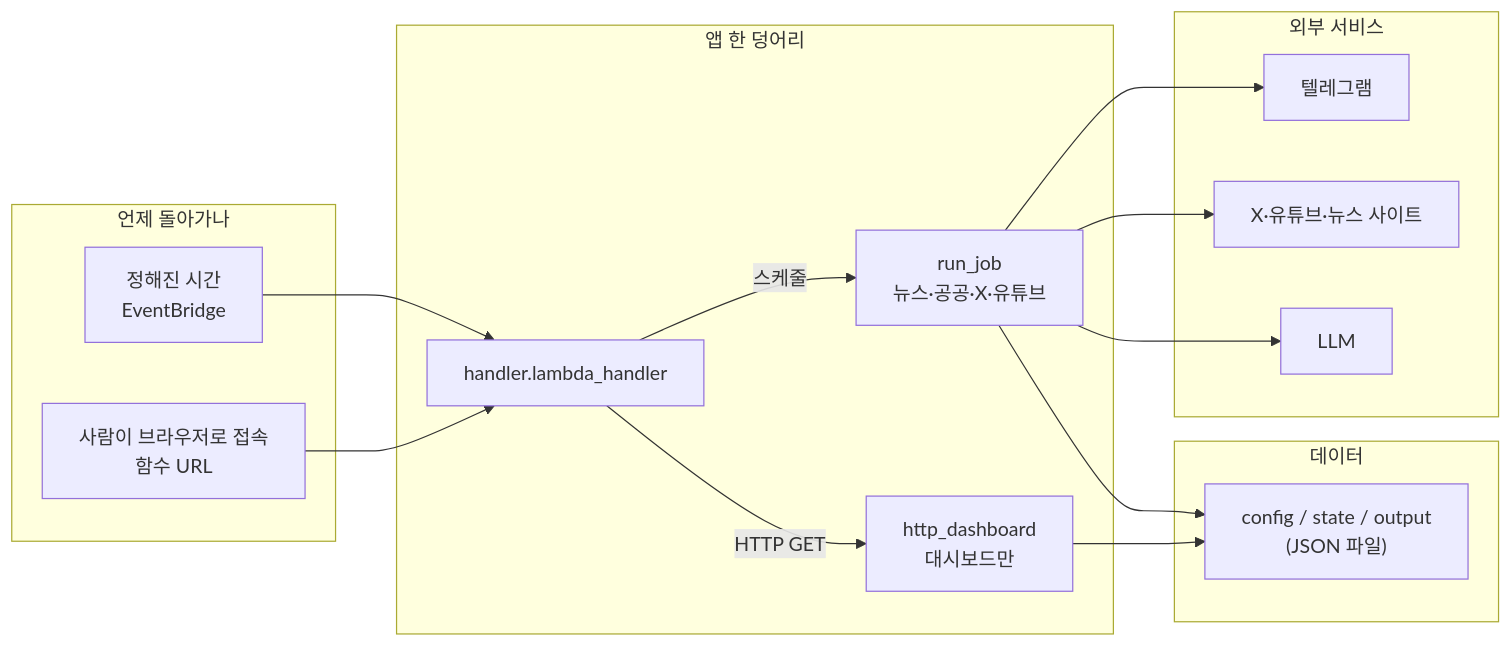
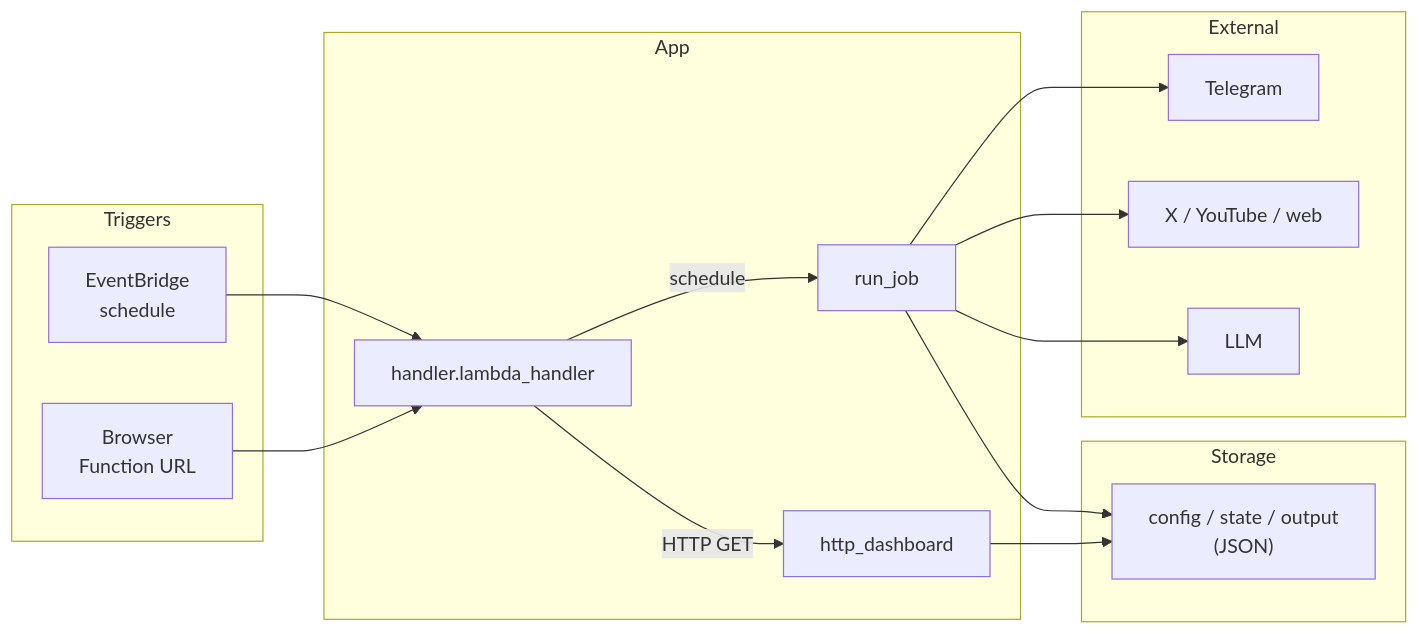
One commit to LewisLim579/dx_handson changed the first of 3 diagrams in README.md. Above: the diagram before and after it, drawn with Mermaid. The commit also changed other lines of this file, not shown here.

````diff
--- a/README.md
+++ b/README.md
@@ -48,33 +62,33 @@
 ```mermaid
 flowchart LR
-  subgraph 입력["언제 돌아가나"]
-    T[정해진 시간\nEventBridge]
-    U[사람이 브라우저로 접속\n함수 URL]
+  subgraph triggers["Triggers"]
+    T[EventBridge\nschedule]
+    U[Browser\nFunction URL]
   end
 
-  subgraph 핵심["앱 한 덩어리"]
+  subgraph app["App"]
     H[handler.lambda_handler]
-    R[run_job\n뉴스·공공·X·유튜브]
-    D[http_dashboard\n대시보드만]
+    R[run_job]
+    D[http_dashboard]
   end
 
-  subgraph 저장["데이터"]
-    F["config / state / output\n(JSON 파일)"]
+  subgraph store["Storage"]
+    F["config / state / output\n(JSON)"]
   end
 
-  subgraph 밖["외부 서비스"]
-    TG[텔레그램]
-    API[X·유튜브·뉴스 사이트]
+  subgraph ext["External"]
+    TG[Telegram]
+    API[X / YouTube / web]
     AI[LLM]
   end
 
   T --> H
   U --> H
-  H -->|스케줄| R
+  H -->|schedule| R
   H -->|HTTP GET| D
   R --> F
   D --> F
   R --> TG
   R --> API
   R --> AI
 ```
````
